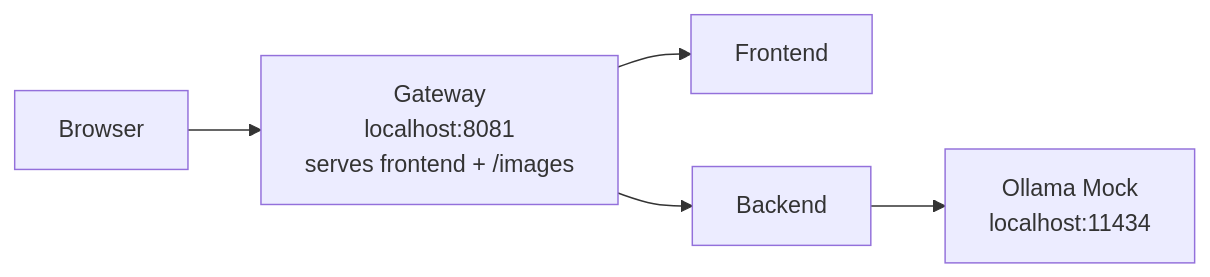
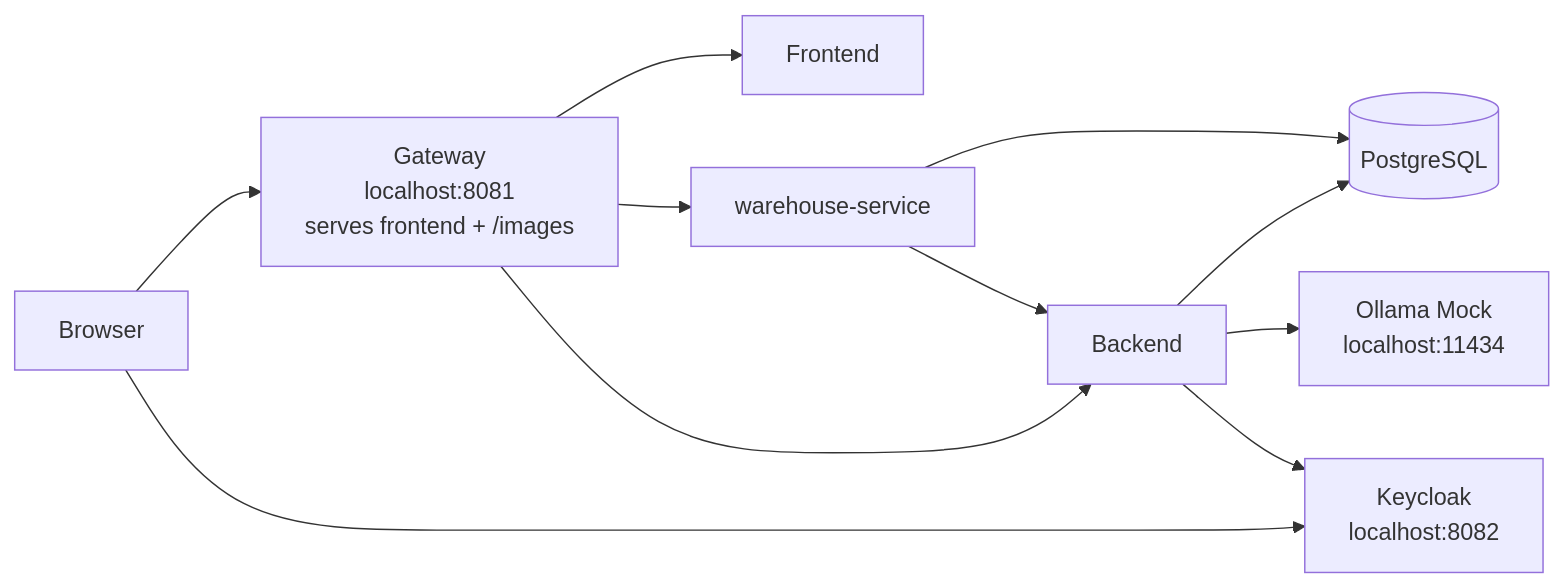
The diagram in docs/STUDENT_GUIDE.md (slawekradzyminski/awesome-localstack), drawn with Mermaid before and after one commit. The commit also changed other lines of this file and 4 other files, not shown here.

````diff
--- a/docs/STUDENT_GUIDE.md
+++ b/docs/STUDENT_GUIDE.md
@@ -35,13 +44,22 @@
 ```mermaid
 flowchart LR
     U[Browser]
     G[Gateway<br/>localhost:8081<br/>serves frontend + /images]
     F[Frontend]
     B[Backend]
+    W[warehouse-service]
+    P[(PostgreSQL)]
+    K[Keycloak<br/>localhost:8082]
     O[Ollama Mock<br/>localhost:11434]
 
     U --> G
+    U --> K
     G --> F
     G --> B
+    G --> W
+    W --> B
+    B --> P
+    W --> P
+    B --> K
     B --> O
 ```
````
